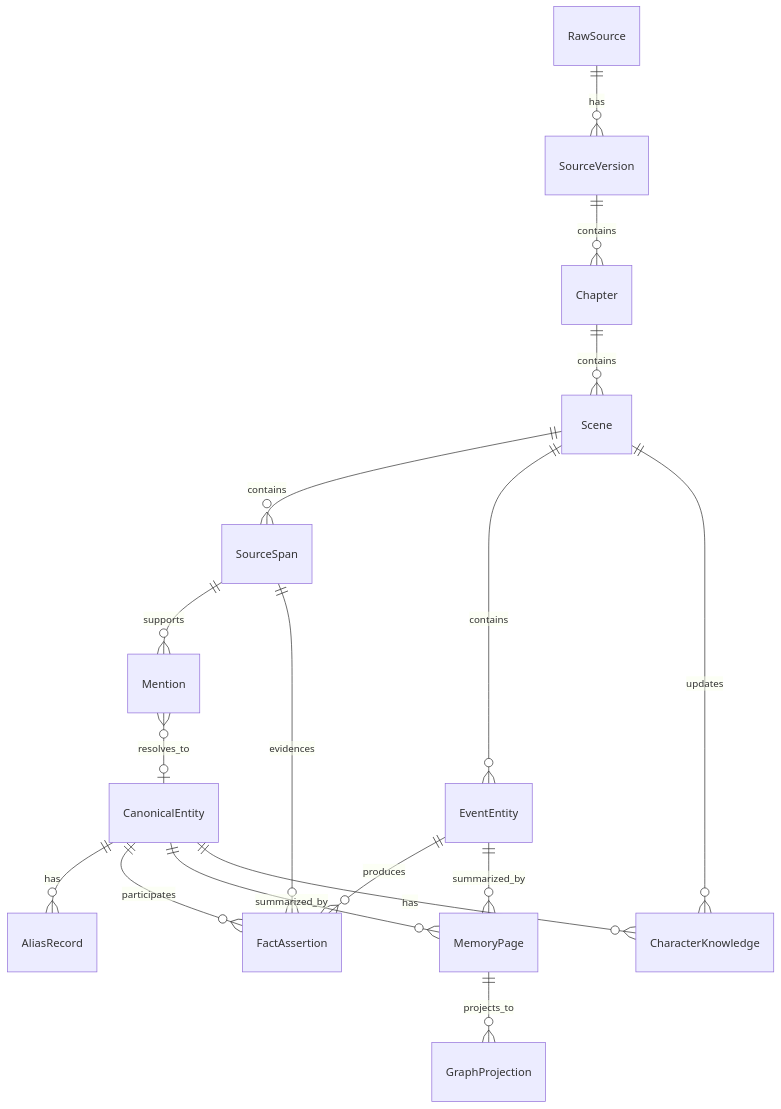
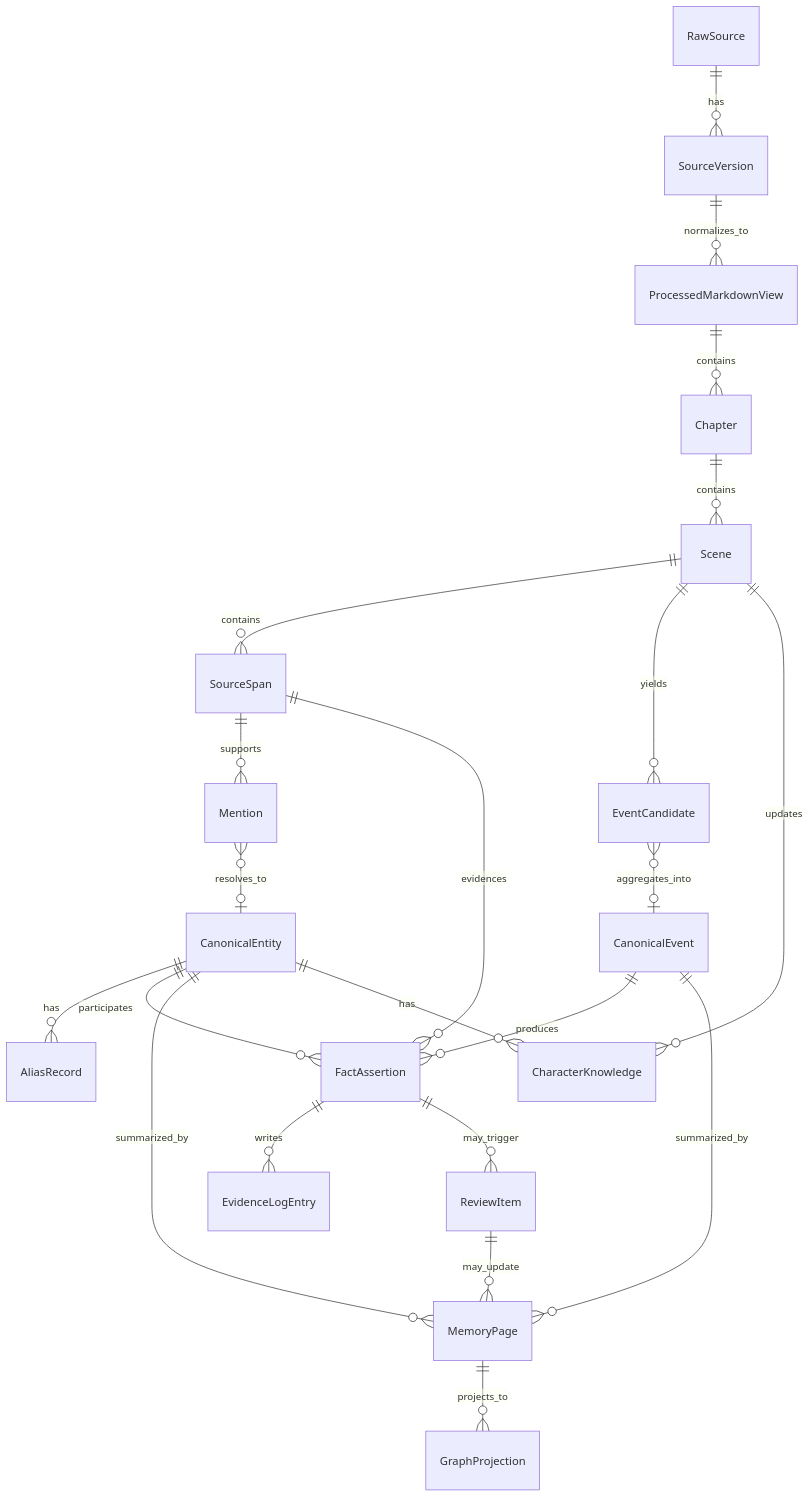
Before and after one commit to FrankQDWang/sextantlabs: the diagram in goals/02-core-data-structures.md, drawn with Mermaid. The commit also changed other lines of this file, not shown here.

Commit message:
Update core data structures for canonical model

````diff
--- a/goals/02-core-data-structures.md
+++ b/goals/02-core-data-structures.md
@@ -7,19 +7,24 @@
 ```mermaid
 erDiagram
     RawSource ||--o{ SourceVersion : has
-    SourceVersion ||--o{ Chapter : contains
+    SourceVersion ||--o{ ProcessedMarkdownView : normalizes_to
+    ProcessedMarkdownView ||--o{ Chapter : contains
     Chapter ||--o{ Scene : contains
     Scene ||--o{ SourceSpan : contains
     SourceSpan ||--o{ Mention : supports
     Mention }o--o| CanonicalEntity : resolves_to
     CanonicalEntity ||--o{ AliasRecord : has
-    Scene ||--o{ EventEntity : contains
-    EventEntity ||--o{ FactAssertion : produces
+    Scene ||--o{ EventCandidate : yields
+    EventCandidate }o--o| CanonicalEvent : aggregates_into
+    CanonicalEvent ||--o{ FactAssertion : produces
     CanonicalEntity ||--o{ FactAssertion : participates
     SourceSpan ||--o{ FactAssertion : evidences
+    FactAssertion ||--o{ EvidenceLogEntry : writes
+    FactAssertion ||--o{ ReviewItem : may_trigger
     CanonicalEntity ||--o{ MemoryPage : summarized_by
-    EventEntity ||--o{ MemoryPage : summarized_by
+    CanonicalEvent ||--o{ MemoryPage : summarized_by
     Scene ||--o{ CharacterKnowledge : updates
     CanonicalEntity ||--o{ CharacterKnowledge : has
     MemoryPage ||--o{ GraphProjection : projects_to
+    ReviewItem ||--o{ MemoryPage : may_update
 ```
````
